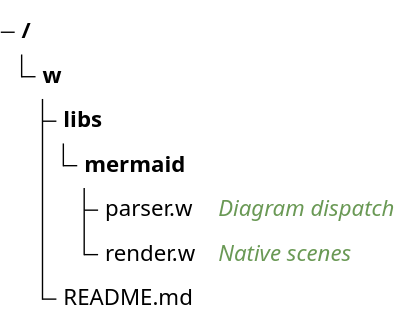
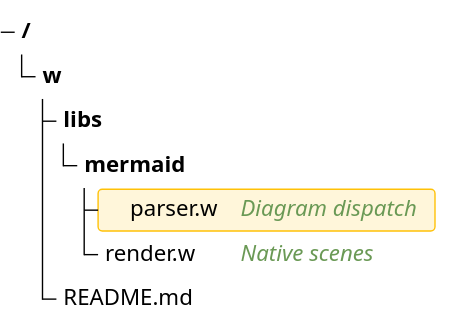
Before and after one commit to reardan/w: the diagram in examples/mermaid/treeview.mmd, drawn with Mermaid. The commit also changed 9 other files, not shown here.

First line of the commit message:
Mermaid: document outline-family gaps, refresh corpus (#820)

```diff
--- a/examples/mermaid/treeview.mmd
+++ b/examples/mermaid/treeview.mmd
@@ -1,7 +1,7 @@
 treeView-beta
 w/
 ├── libs/
 │   └── mermaid/
-│       ├── parser.w ## Diagram dispatch
+│       ├── parser.w :::highlight icon(mdi:code) ## Diagram dispatch
 │       └── render.w ## Native scenes
 └── README.md
```
